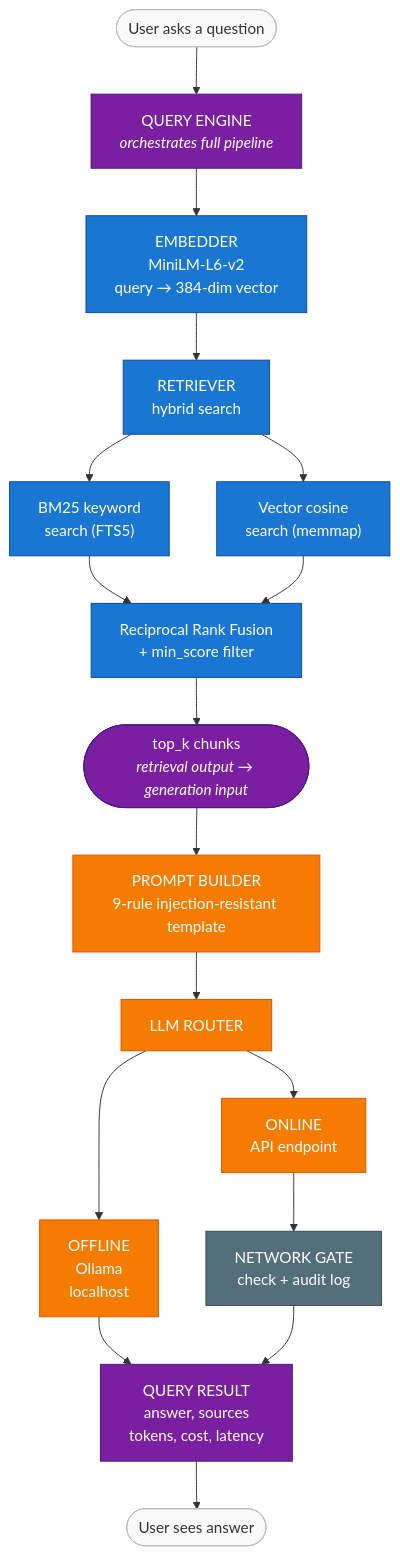
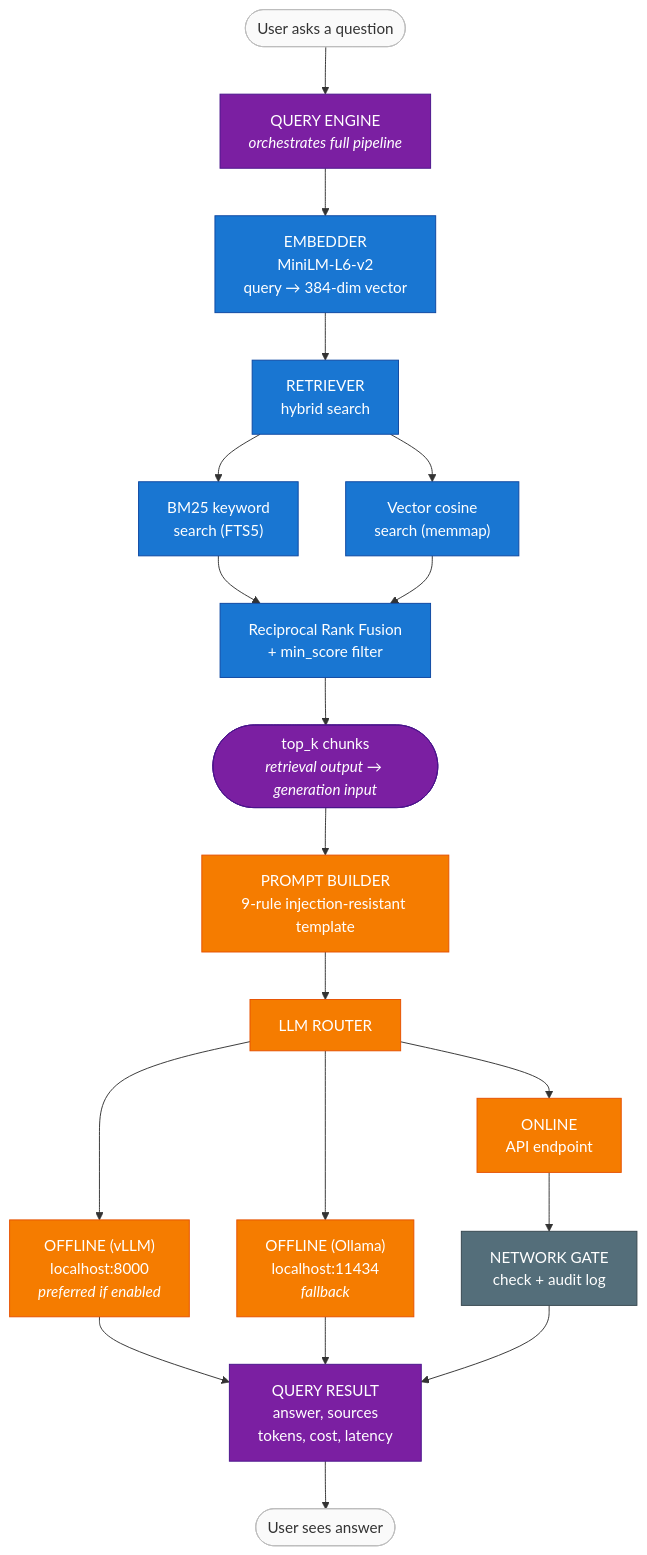
One commit to jeremysmission/HybridRAG3 changed the first of 3 diagrams in docs/ARCHITECTURE_DIAGRAM.md. Above: the diagram before and after it, drawn with Mermaid. The commit also changed other lines of this file and 24 other files, not shown here.

First line of the commit message:
Add vLLM router, Ollama streaming, GUI responsiveness, sanitize config

````diff
--- a/docs/ARCHITECTURE_DIAGRAM.md
+++ b/docs/ARCHITECTURE_DIAGRAM.md
@@ -65,41 +65,43 @@
 ```mermaid
 flowchart TD
     Q(["User asks a question"]):::user
 
     Q --> QE["QUERY ENGINE<br/><i>orchestrates full pipeline</i>"]:::handoff
 
     %% ── Retrieval phase (blue) ──────────────────────
     QE --> EMB["EMBEDDER<br/>MiniLM-L6-v2<br/>query → 384-dim vector"]:::retrieval
     EMB --> RET["RETRIEVER<br/>hybrid search"]:::retrieval
 
     RET --> BM25["BM25 keyword<br/>search (FTS5)"]:::retrieval
     RET --> VEC["Vector cosine<br/>search (memmap)"]:::retrieval
 
     BM25 --> RRF["Reciprocal Rank Fusion<br/>+ min_score filter"]:::retrieval
     VEC --> RRF
 
     %% ── Handoff: retrieval output → generation input ─
     RRF --> CHUNKS(["top_k chunks<br/><i>retrieval output → generation input</i>"]):::handoff
 
     %% ── Generation phase (orange) ───────────────────
     CHUNKS --> PB["PROMPT BUILDER<br/>9-rule injection-resistant template"]:::generation
     PB --> LLM["LLM ROUTER"]:::generation
 
-    LLM --> OFF["OFFLINE<br/>Ollama<br/>localhost"]:::generation
+    LLM --> VLLM["OFFLINE (vLLM)<br/>localhost:8000<br/><i>preferred if enabled</i>"]:::generation
+    LLM --> OFF["OFFLINE (Ollama)<br/>localhost:11434<br/><i>fallback</i>"]:::generation
     LLM --> ON["ONLINE<br/>API endpoint"]:::generation
 
     ON --> GATE["NETWORK GATE<br/>check + audit log"]:::infra
 
+    VLLM --> RESULT
     OFF --> RESULT
     GATE --> RESULT
 
     RESULT["QUERY RESULT<br/>answer, sources<br/>tokens, cost, latency"]:::handoff
     RESULT --> USER(["User sees answer"]):::user
 
     %% ── Styles ──────────────────────────────────────
     classDef retrieval fill:#1976D2,stroke:#0D47A1,color:#fff
     classDef generation fill:#F57C00,stroke:#E65100,color:#fff
     classDef handoff fill:#7B1FA2,stroke:#4A148C,color:#fff
     classDef infra fill:#546E7A,stroke:#37474F,color:#fff
     classDef user fill:#FAFAFA,stroke:#BDBDBD,color:#333
 ```
````
